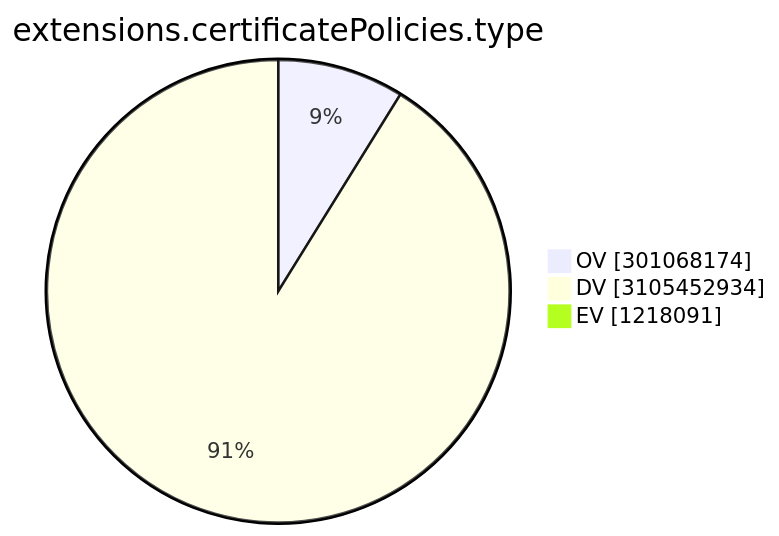
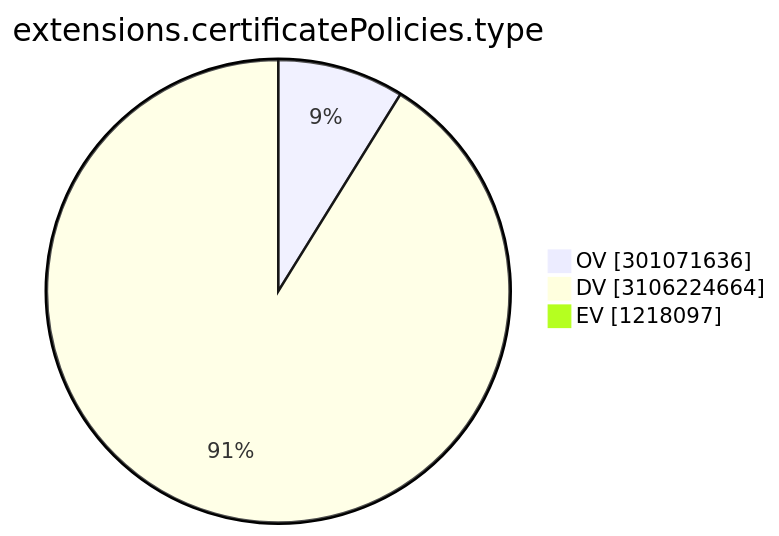
Before and after one commit to christiankrug/ctmonitor_visualization: the ninth of 15 diagrams in TOTAL/README.md, drawn with Mermaid. The commit also changed other lines of this file, not shown here.

````diff
--- a/TOTAL/README.md
+++ b/TOTAL/README.md
@@ -3103,7 +3103,7 @@
 ```mermaid
 pie showData
 title extensions.certificatePolicies.type
-"OV" :301068174
-"DV" :3105452934
-"EV" :1218091
+"OV" :301071636
+"DV" :3106224664
+"EV" :1218097
 ```
````
